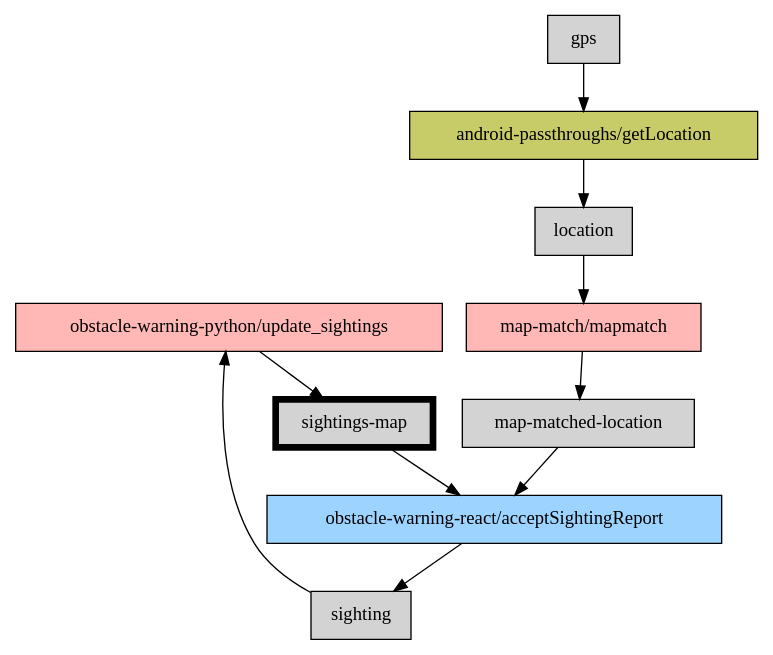
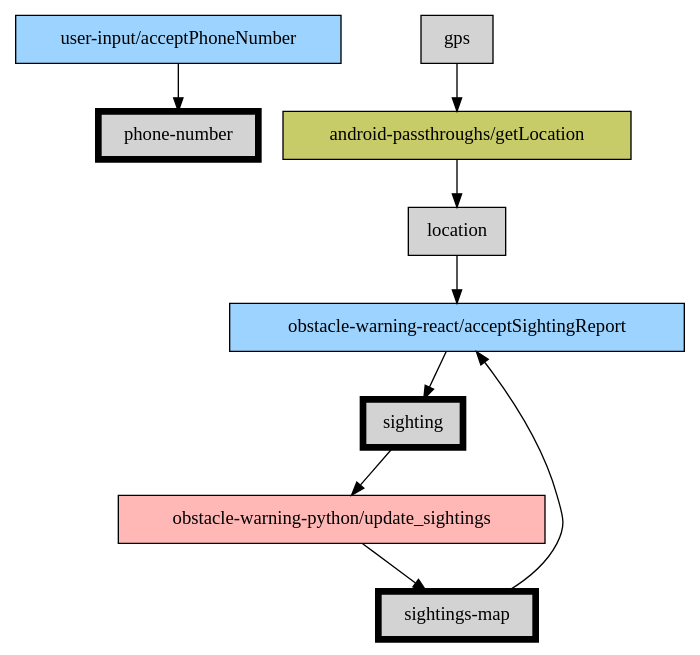
Before and after one commit to arunganesan/carlabmate: the diagram in carlabserver/public/images/strategy-both.gv, drawn with Graphviz. The commit also changed 5 other files, not shown here.

```diff
--- a/carlabserver/public/images/strategy-both.gv
+++ b/carlabserver/public/images/strategy-both.gv
@@ -1,40 +1,38 @@
 digraph {
 	node [shape=box style=filled]
-	node [fillcolor="#FFB8B5"]
-	"obstacle-warning-python/update_sightings"
+	node [fillcolor="#9CD3FF"]
+	"user-input/acceptPhoneNumber"
 	node [fillcolor="#9CD3FF"]
 	"obstacle-warning-react/acceptSightingReport"
 	node [fillcolor="#FFB8B5"]
-	"map-match/mapmatch"
+	"obstacle-warning-python/update_sightings"
 	node [fillcolor="#C8CC68"]
 	"android-passthroughs/getLocation"
 	node [fillcolor=lightgrey shape=box style=filled]
+	node [pencolor=red penwidth=5]
+	"phone-number"
+	edge [style=solid]
+	"user-input/acceptPhoneNumber" -> "phone-number"
+	node [pencolor=red penwidth=5]
+	sighting
+	edge [style=solid]
+	sighting -> "obstacle-warning-python/update_sightings"
+	edge [style=solid]
+	"obstacle-warning-react/acceptSightingReport" -> sighting
+	node [pencolor=black penwidth=1]
+	location
+	edge [style=solid]
+	location -> "obstacle-warning-react/acceptSightingReport"
+	edge [style=solid]
+	"android-passthroughs/getLocation" -> location
 	node [pencolor=red penwidth=5]
 	"sightings-map"
 	edge [style=solid]
 	"sightings-map" -> "obstacle-warning-react/acceptSightingReport"
 	edge [style=solid]
 	"obstacle-warning-python/update_sightings" -> "sightings-map"
 	node [pencolor=black penwidth=1]
-	sighting
-	edge [style=solid]
-	sighting -> "obstacle-warning-python/update_sightings"
-	edge [style=solid]
-	"obstacle-warning-react/acceptSightingReport" -> sighting
-	node [pencolor=black penwidth=1]
-	"map-matched-location"
-	edge [style=solid]
-	"map-matched-location" -> "obstacle-warning-react/acceptSightingReport"
-	edge [style=solid]
-	"map-match/mapmatch" -> "map-matched-location"
-	node [pencolor=black penwidth=1]
-	location
-	edge [style=solid]
-	location -> "map-match/mapmatch"
-	edge [style=solid]
-	"android-passthroughs/getLocation" -> location
-	node [pencolor=black penwidth=1]
 	gps
 	edge [style=solid]
 	gps -> "android-passthroughs/getLocation"
 }
```
